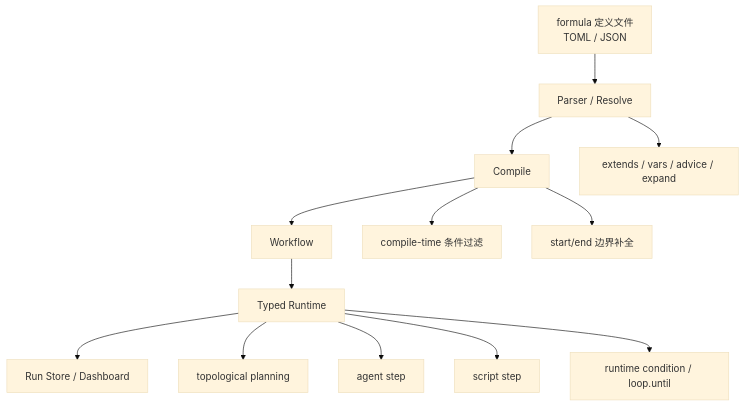
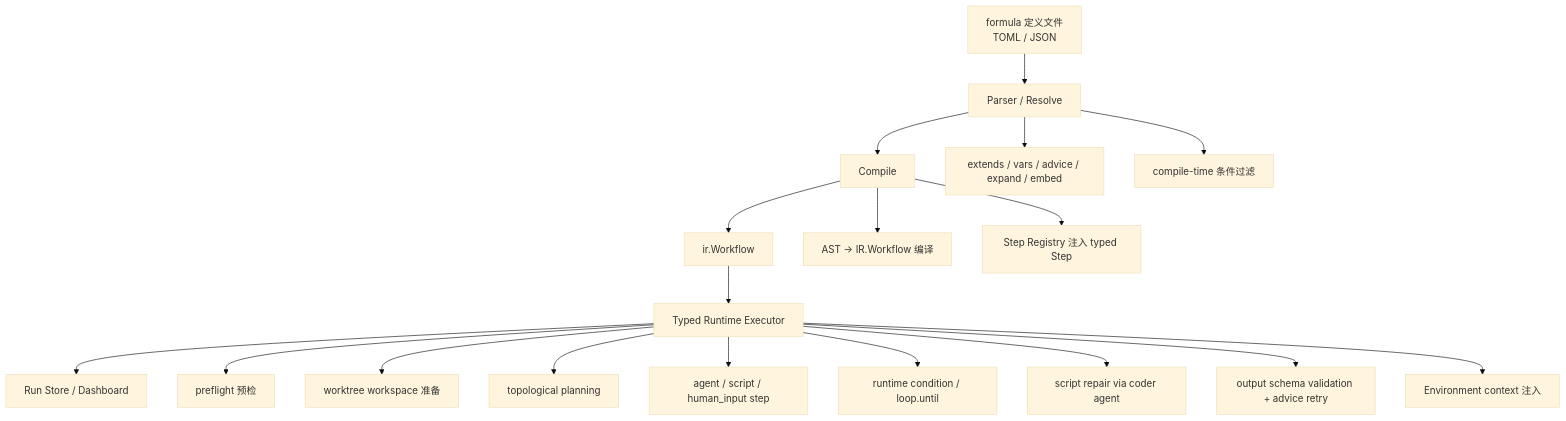
One commit to sjzsdu/tt changed the seventh of 7 diagrams in ai-docs/architecture.md. Above: the diagram before and after it, drawn with Mermaid (base theme). The commit also changed other lines of this file and 5 other files, not shown here.

Commit message:
docs(ai-docs): expand formula and agent architecture guides

````diff
--- a/ai-docs/architecture.md
+++ b/ai-docs/architecture.md
@@ -172,16 +181,21 @@
 ```mermaid
 flowchart TD
     A[formula 定义文件\nTOML / JSON] --> B[Parser / Resolve]
     B --> C[Compile]
-    C --> D[Workflow]
-    D --> E[Typed Runtime]
+    C --> D[ir.Workflow]
+    D --> E[Typed Runtime Executor]
     E --> F[Run Store / Dashboard]
 
-    B --> B1[extends / vars / advice / expand]
-    C --> C1[compile-time 条件过滤]
-    C --> C2[start/end 边界补全]
-    E --> E1[topological planning]
-    E --> E2[agent step]
-    E --> E3[script step]
-    E --> E4[runtime condition / loop.until]
+    B --> B1[extends / vars / advice / expand / embed]
+    B --> B2[compile-time 条件过滤]
+    C --> C1[AST → IR.Workflow 编译]
+    C --> C2[Step Registry 注入 typed Step]
+    E --> E1[preflight 预检]
+    E --> E2[worktree workspace 准备]
+    E --> E3[topological planning]
+    E --> E4[agent / script / human_input step]
+    E --> E5[runtime condition / loop.until]
+    E --> E6[script repair via coder agent]
+    E --> E7[output schema validation + advice retry]
+    E --> E8[Environment context 注入]
 ```
````
